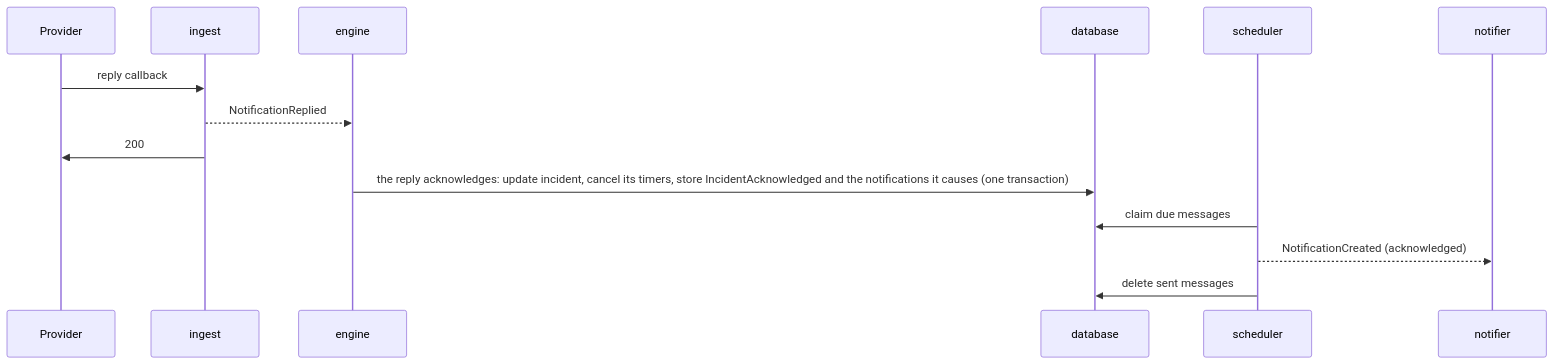
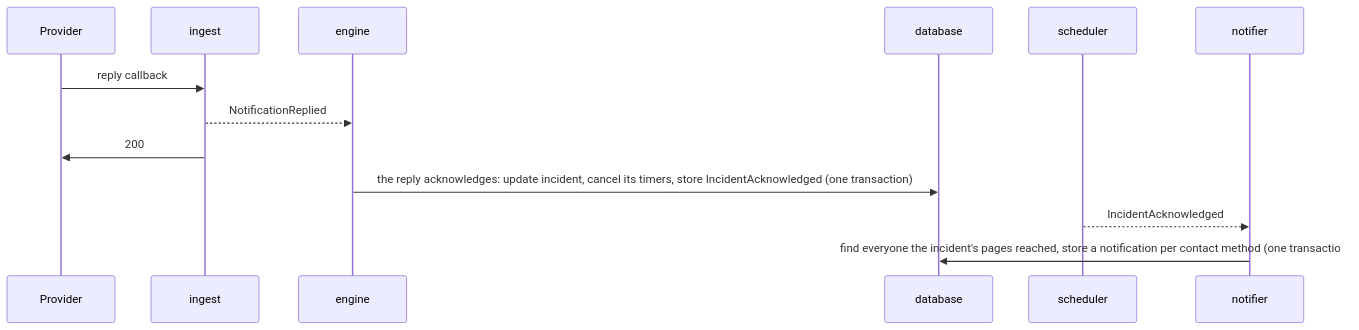
Before and after one commit to murphyhq/server: the fifth of 5 diagrams in docs/architecture.md, drawn with Mermaid. The commit also changed other lines of this file and 2 other files, not shown here.

Commit message:
docs: notifications own pages, whom they reach and how; engine moves on when a level reached nobody

````diff
--- a/docs/architecture.md
+++ b/docs/architecture.md
@@ -185,16 +198,15 @@
 ```mermaid
 sequenceDiagram
   participant P as Provider
   participant I as ingest
   participant E as engine
   participant D as database
   participant S as scheduler
   participant N as notifier
   P->>I: reply callback
   I-->>E: NotificationReplied
   I->>P: 200
-  E->>D: the reply acknowledges: update incident, cancel its timers, store IncidentAcknowledged and the notifications it causes (one transaction)
-  S->>D: claim due messages
-  S-->>N: NotificationCreated (acknowledged)
-  S->>D: delete sent messages
+  E->>D: the reply acknowledges: update incident, cancel its timers, store IncidentAcknowledged (one transaction)
+  S-->>N: IncidentAcknowledged
+  N->>D: find everyone the incident's pages reached, store a notification per contact method (one transaction)
 ```
````
